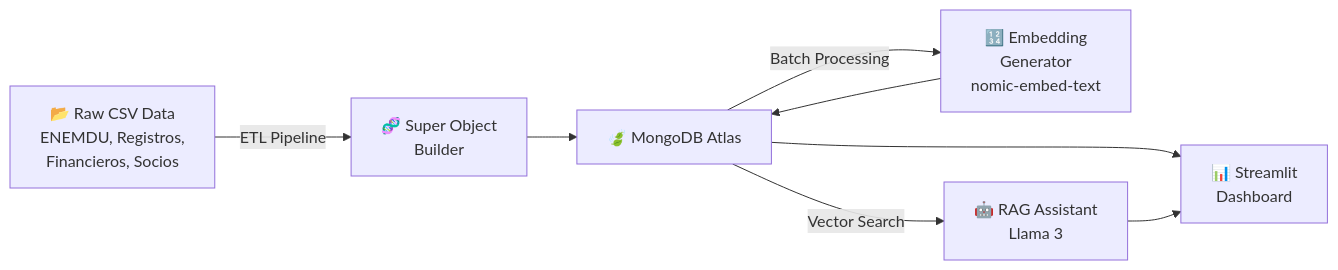
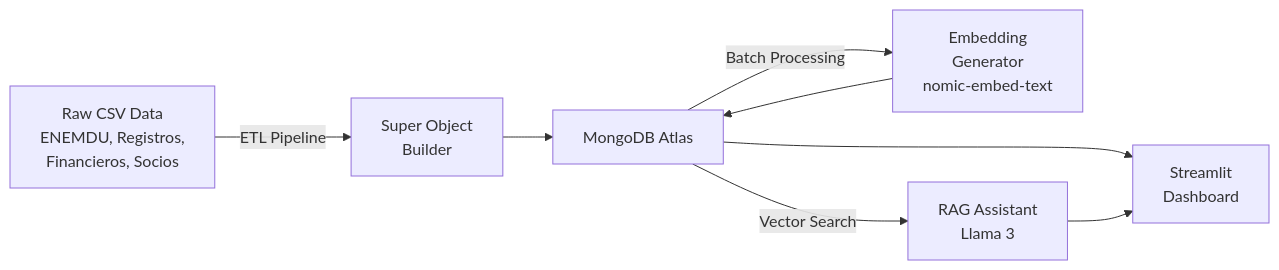
Before and after one commit to mariosaul/eps-ecuador-rag: the diagram in README.md, drawn with Mermaid. The commit also changed other lines of this file, not shown here.

````diff
--- a/README.md
+++ b/README.md
@@ -28,17 +26,17 @@
 ```mermaid
 flowchart LR
-    A["📂 Raw CSV Data
+    A["Raw CSV Data
     ENEMDU, Registros,
-    Financieros, Socios"] -->|ETL Pipeline| B["🧬 Super Object
+    Financieros, Socios"] -->|ETL Pipeline| B["Super Object
     Builder"]
-    B --> C["🍃 MongoDB Atlas"]
-    C -->|Batch Processing| D["🔢 Embedding
+    B --> C["MongoDB Atlas"]
+    C -->|Batch Processing| D["Embedding
     Generator
     nomic-embed-text"]
     D --> C
-    C -->|Vector Search| E["🤖 RAG Assistant
+    C -->|Vector Search| E["RAG Assistant
     Llama 3"]
-    C --> F["📊 Streamlit
+    C --> F["Streamlit
     Dashboard"]
     E --> F
 ```
````
